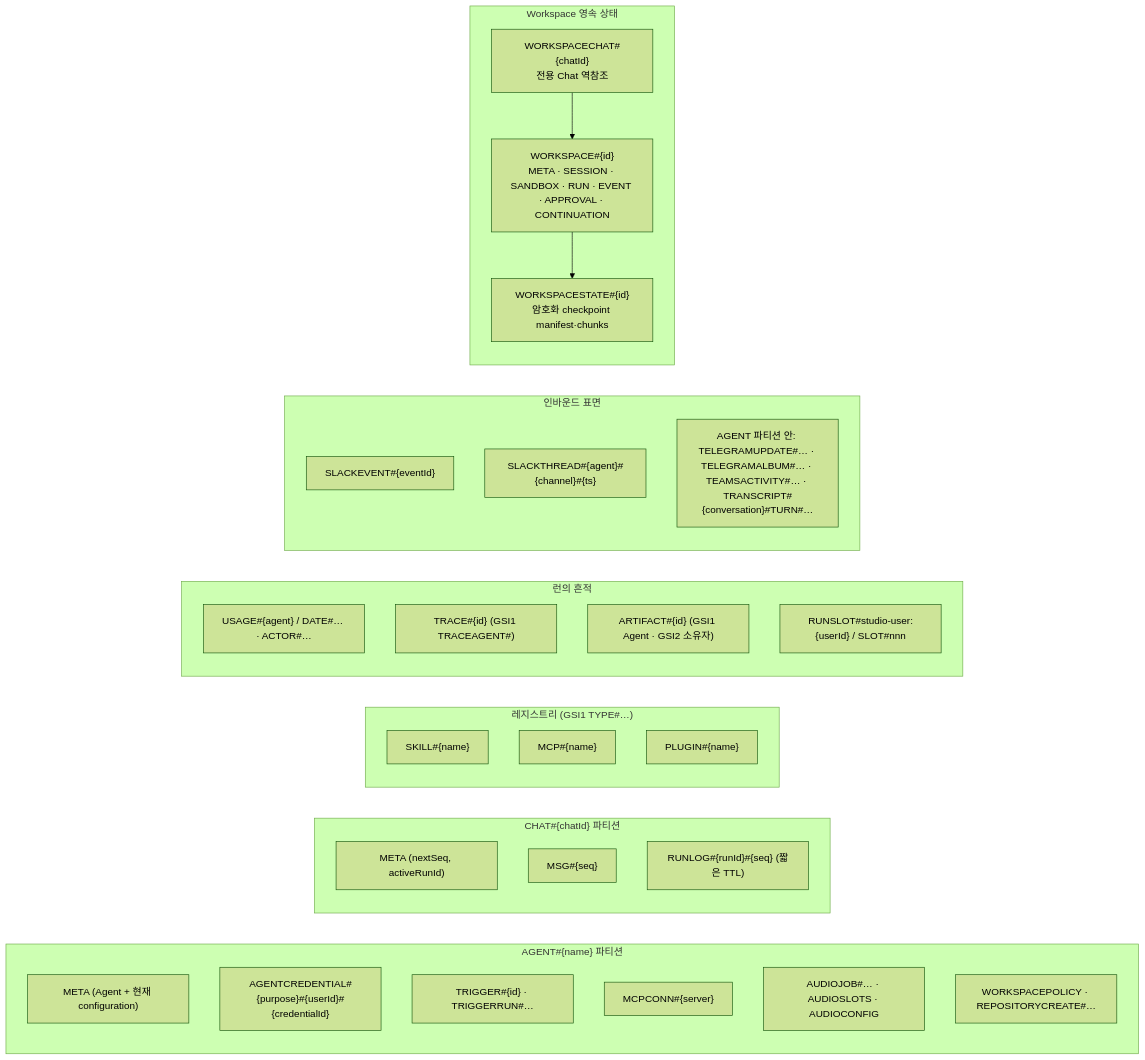
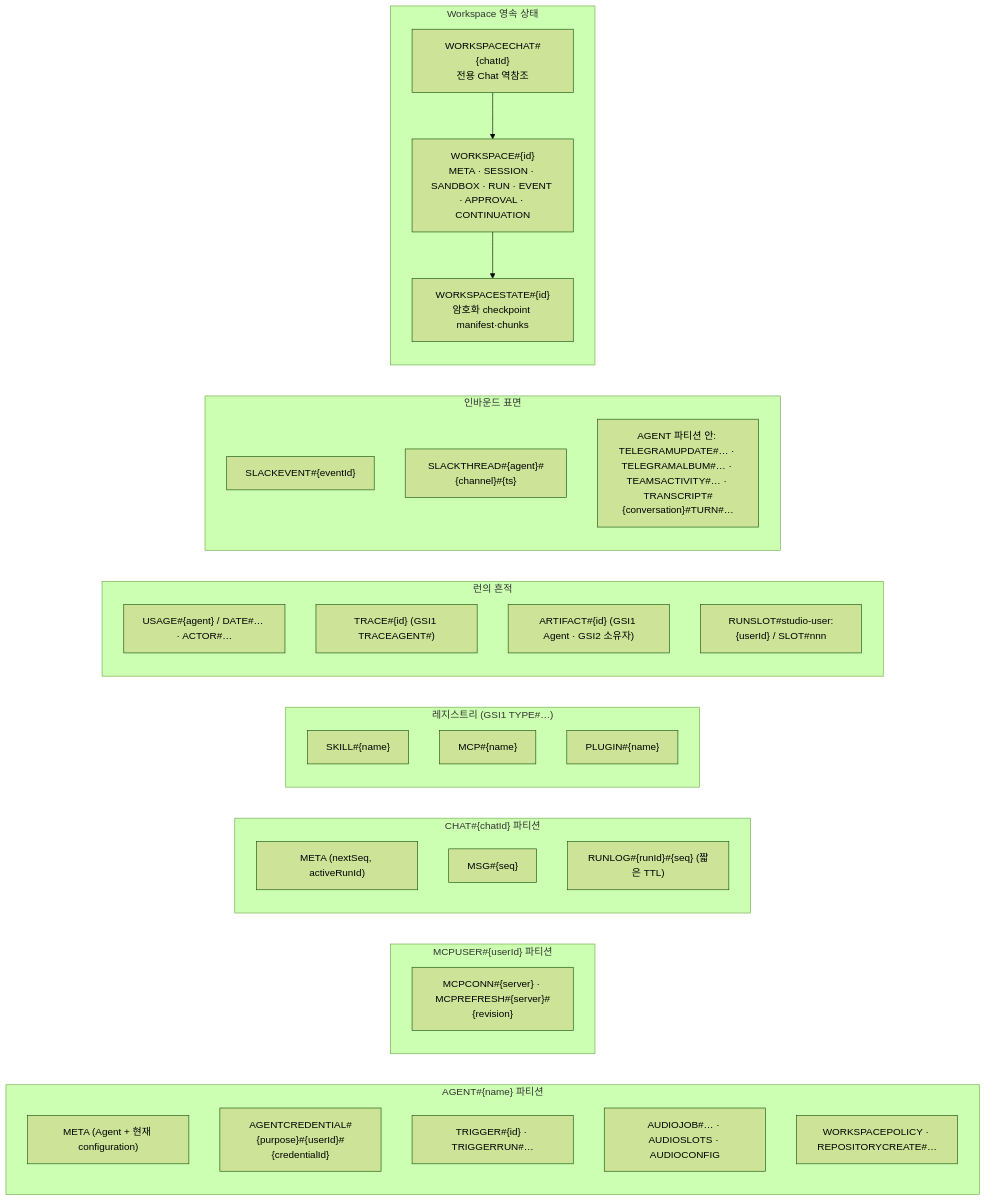
Before and after one commit to opspresso/agent-studio: the seventh of 9 diagrams in docs/DIAGRAMS.md, drawn with Mermaid (forest theme). The commit also changed 95 other files, not shown here.

````diff
--- a/docs/DIAGRAMS.md
+++ b/docs/DIAGRAMS.md
@@ -223,39 +223,41 @@
 ```mermaid
 flowchart LR
   subgraph agent["AGENT#{name} 파티션"]
     meta["META (Agent + 현재 configuration)"]
     tok["AGENTCREDENTIAL#{purpose}#{userId}#{credentialId}"]
     trig["TRIGGER#{id} · TRIGGERRUN#…"]
-    conn["MCPCONN#{server}"]
     jobs["AUDIOJOB#… · AUDIOSLOTS · AUDIOCONFIG"]
     policy["WORKSPACEPOLICY · REPOSITORYCREATE#…"]
+  end
+  subgraph personal["MCPUSER#{userId} 파티션"]
+    conn["MCPCONN#{server} · MCPREFRESH#{server}#{revision}"]
   end
   subgraph chat["CHAT#{chatId} 파티션"]
     cmeta["META (nextSeq, activeRunId)"]
     msg["MSG#{seq}"]
     runlog["RUNLOG#{runId}#{seq} (짧은 TTL)"]
   end
   subgraph registry["레지스트리 (GSI1 TYPE#…)"]
     skill["SKILL#{name}"]
     mcp["MCP#{name}"]
     plugin["PLUGIN#{name}"]
   end
   subgraph runs["런의 흔적"]
     usage["USAGE#{agent} / DATE#… · ACTOR#…"]
     trace["TRACE#{id} (GSI1 TRACEAGENT#)"]
     artifact["ARTIFACT#{id} (GSI1 Agent · GSI2 소유자)"]
     slot["RUNSLOT#studio-user:{userId} / SLOT#nnn"]
   end
   subgraph inbound["인바운드 표면"]
     sev["SLACKEVENT#{eventId}"]
     sthread["SLACKTHREAD#{agent}#{channel}#{ts}"]
     transcript["AGENT 파티션 안: TELEGRAMUPDATE#… · TELEGRAMALBUM#… · TEAMSACTIVITY#… · TRANSCRIPT#{conversation}#TURN#…"]
   end
   subgraph workspace["Workspace 영속 상태"]
     ws["WORKSPACE#{id}<br/>META · SESSION · SANDBOX · RUN · EVENT · APPROVAL · CONTINUATION"]
     cp["WORKSPACESTATE#{id}<br/>암호화 checkpoint manifest·chunks"]
     mapping["WORKSPACECHAT#{chatId}<br/>전용 Chat 역참조"]
     ws --> cp
     mapping --> ws
   end
 ```
````
